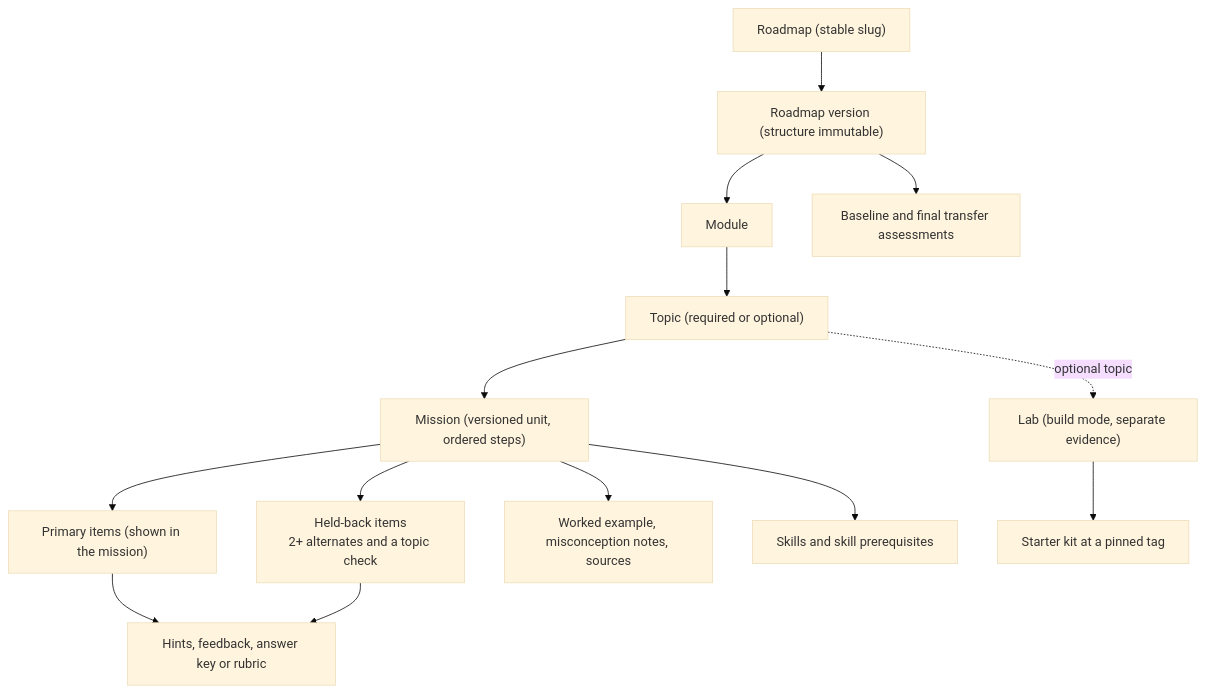
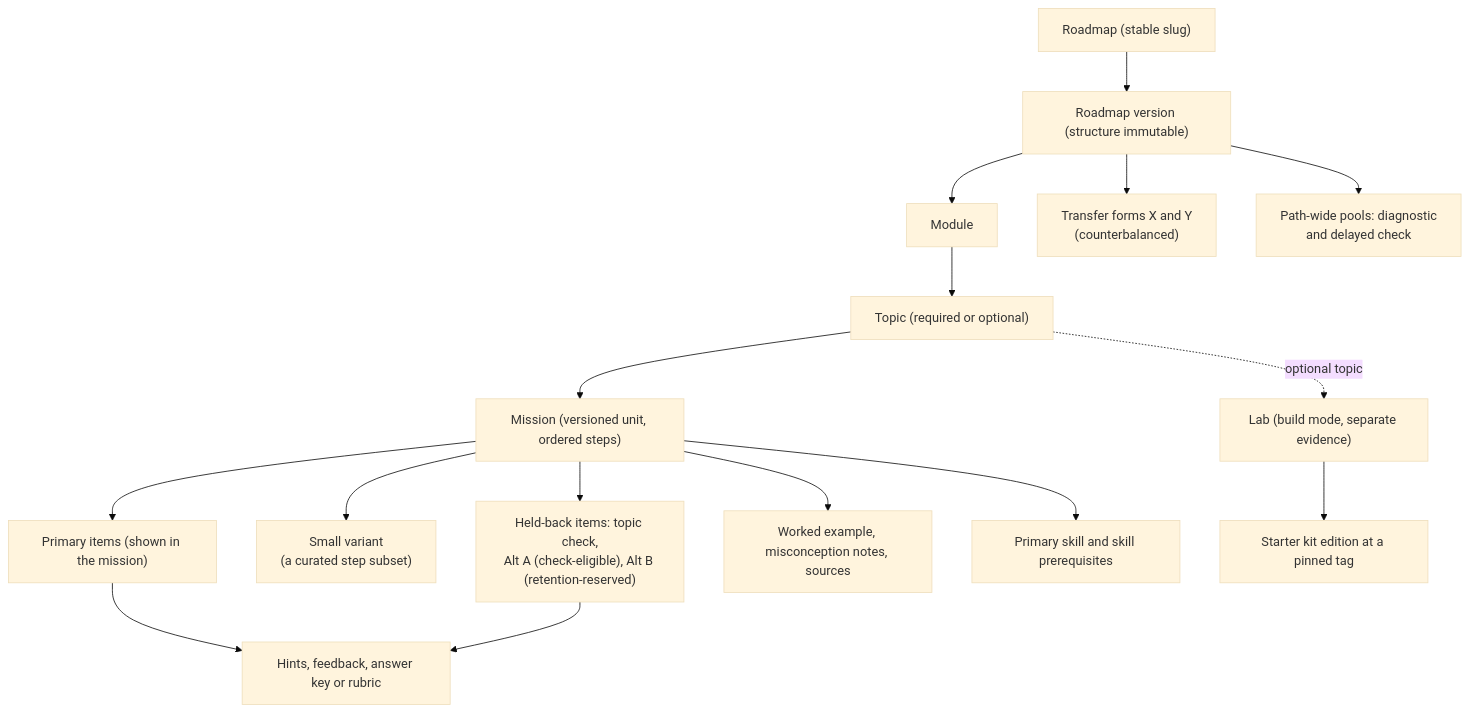
The first of 4 diagrams in devstep/docs/06-content-system.md (GhanshyamSoni68/app_idea), drawn with Mermaid (base theme) before and after one commit. The commit also changed other lines of this file and 8 other files, not shown here.

````diff
--- a/devstep/docs/06-content-system.md
+++ b/devstep/docs/06-content-system.md
@@ -71,16 +76,18 @@
 ```mermaid
 flowchart TD
   R["Roadmap (stable slug)"] --> RV["Roadmap version (structure immutable)"]
   RV --> MOD["Module"]
   MOD --> T["Topic (required or optional)"]
   T --> M["Mission (versioned unit, ordered steps)"]
   M --> PI["Primary items (shown in the mission)"]
-  M --> HB["Held-back items<br/>2+ alternates and a topic check"]
+  M --> SV["Small variant<br/>(a curated step subset)"]
+  M --> HB["Held-back items: topic check,<br/>Alt A (check-eligible), Alt B (retention-reserved)"]
   PI --> HF["Hints, feedback, answer key or rubric"]
   HB --> HF
   M --> WE["Worked example, misconception notes, sources"]
   T -.->|optional topic| L["Lab (build mode, separate evidence)"]
-  L --> KIT["Starter kit at a pinned tag"]
-  M --> SK["Skills and skill prerequisites"]
-  RV --> TA["Baseline and final transfer assessments"]
+  L --> KIT["Starter kit edition at a pinned tag"]
+  M --> SK["Primary skill and skill prerequisites"]
+  RV --> TA["Transfer forms X and Y<br/>(counterbalanced)"]
+  RV --> PW["Path-wide pools: diagnostic<br/>and delayed check"]
 ```
````
